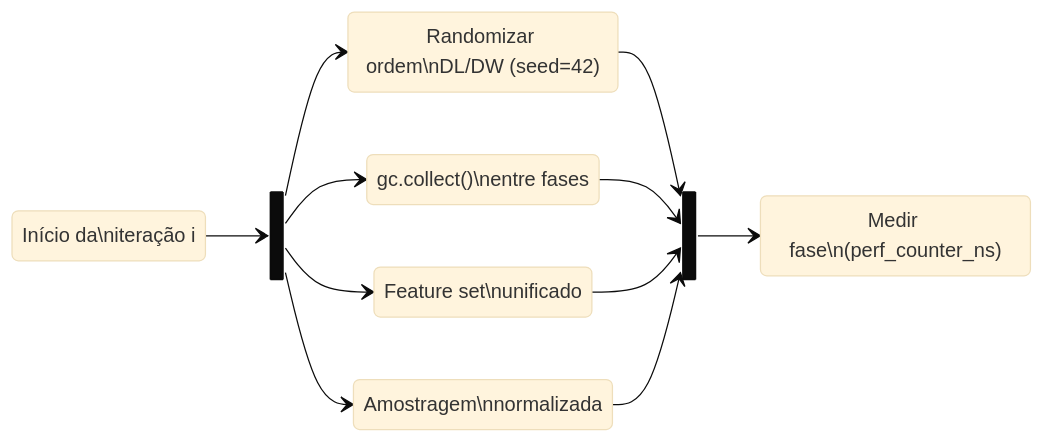
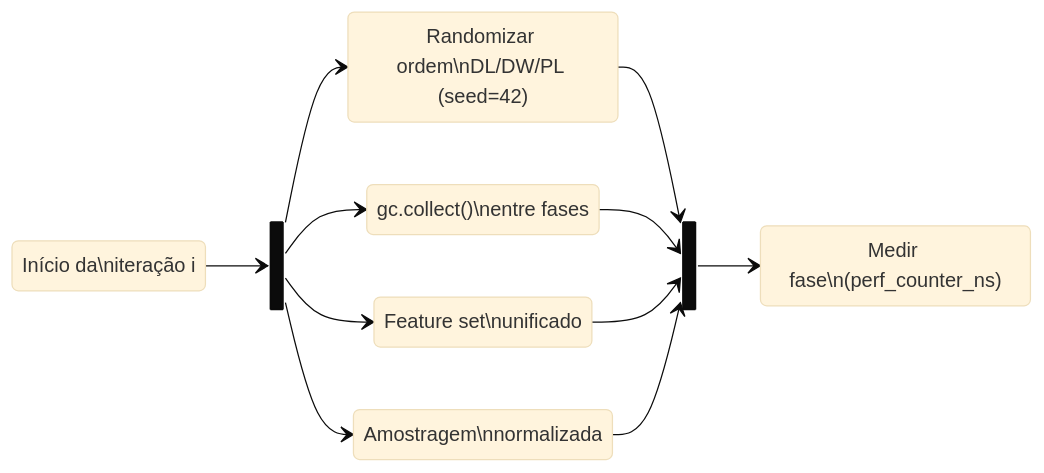
Before and after one commit to DATA-UFMS/rampart-framework: the third of 6 diagrams in docs/pipeline_diagram.md, drawn with Mermaid (base theme). The commit also changed other lines of this file, not shown here.

First line of the commit message:
docs: atualiza pipeline_diagram para 3 paradigmas

````diff
--- a/docs/pipeline_diagram.md
+++ b/docs/pipeline_diagram.md
@@ -194,26 +219,26 @@
 ```mermaid
 stateDiagram-v2
     direction LR
 
     state "Início da\niteração i" as START
     state fork_fair <<fork>>
     state join_fair <<join>>
 
-    state "Randomizar ordem\nDL/DW (seed=42)" as RAND
+    state "Randomizar ordem\nDL/DW/PL (seed=42)" as RAND
     state "gc.collect()\nentre fases" as GC
     state "Feature set\nunificado" as FEAT
     state "Amostragem\nnormalizada" as SAMP
 
     state "Medir fase\n(perf_counter_ns)" as MEASURE
 
     START --> fork_fair
     fork_fair --> RAND
     fork_fair --> GC
     fork_fair --> FEAT
     fork_fair --> SAMP
     RAND --> join_fair
     GC --> join_fair
     FEAT --> join_fair
     SAMP --> join_fair
     join_fair --> MEASURE
 ```
````
